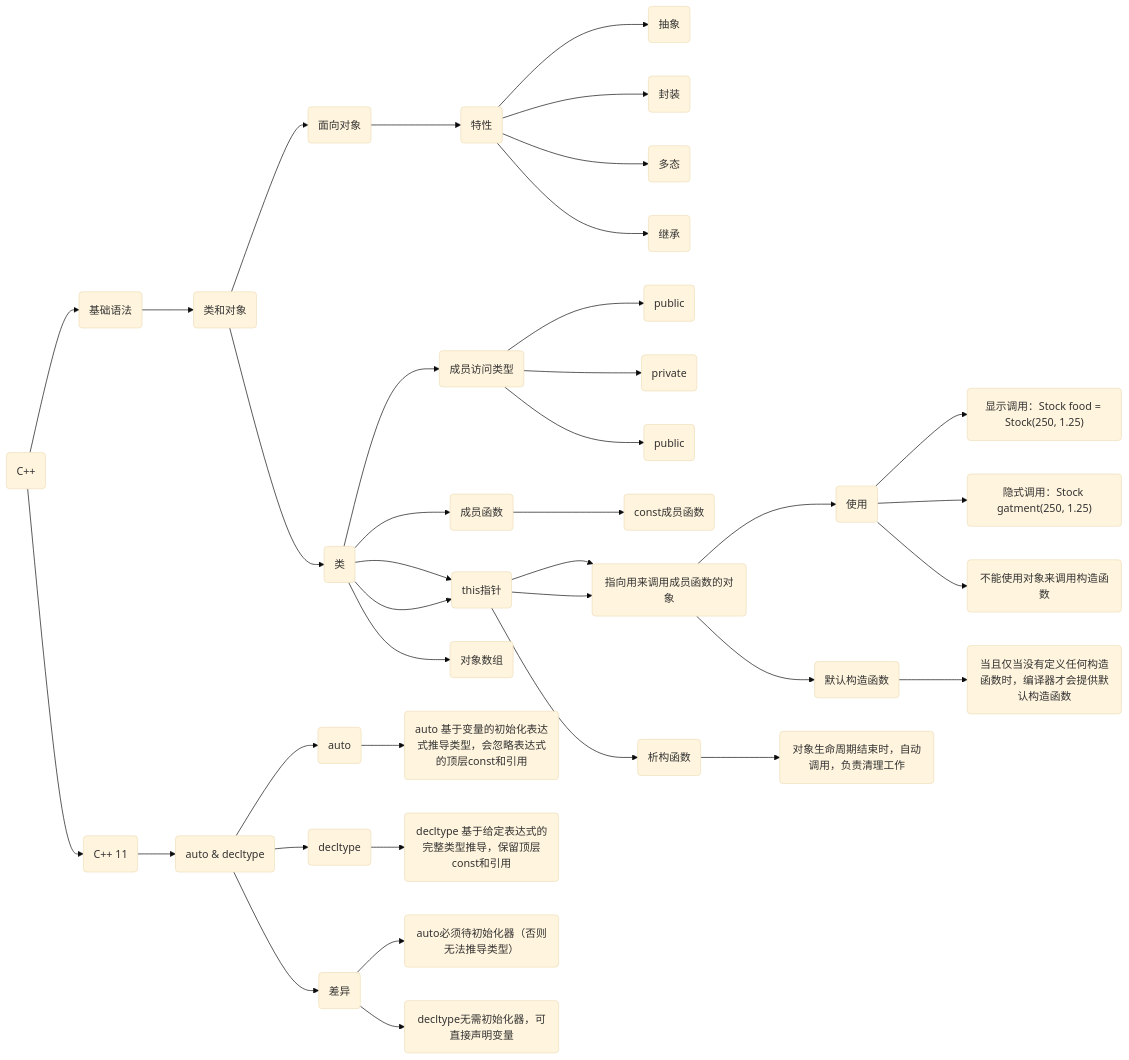
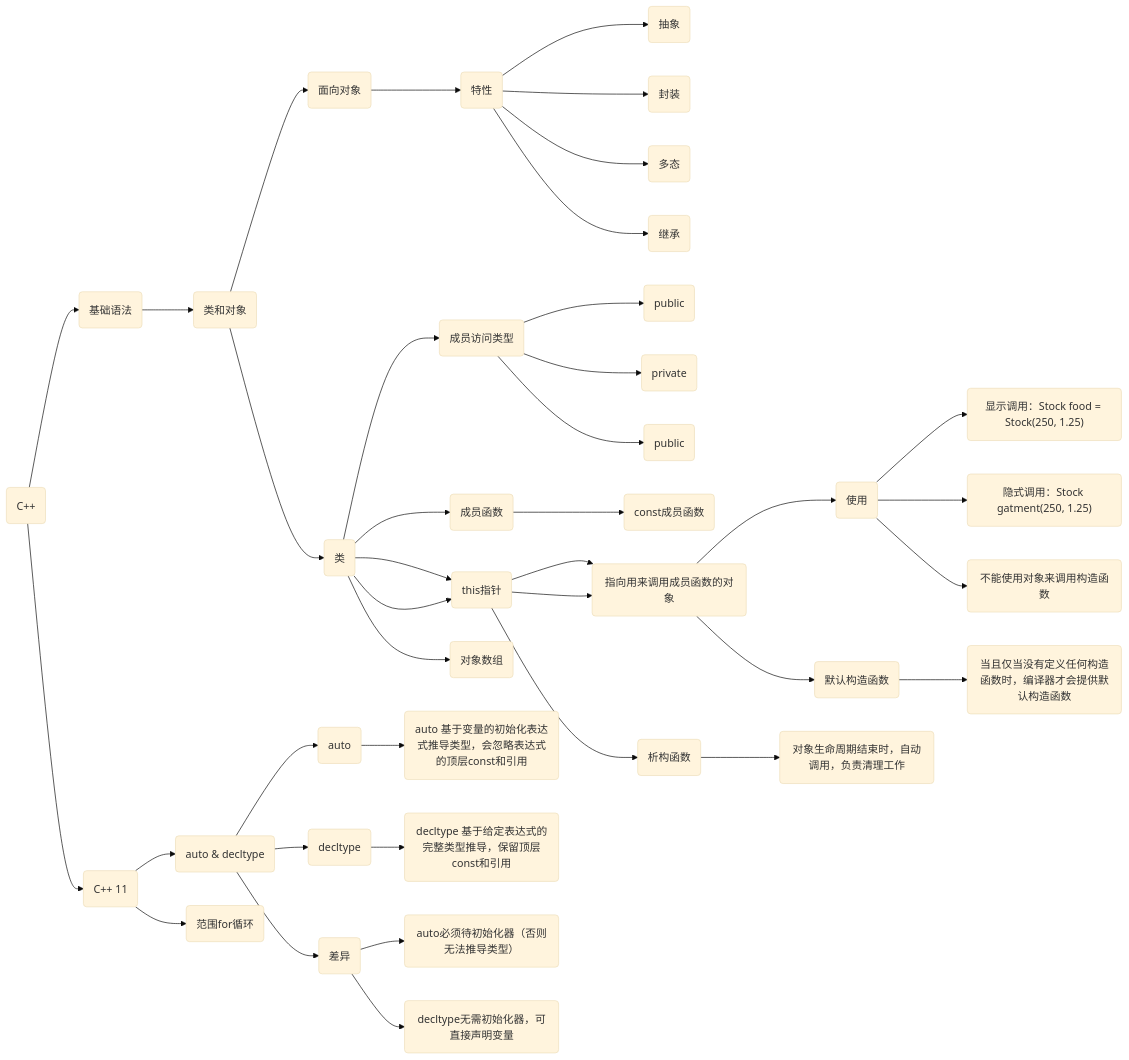
One commit to akai100/job_seek changed the diagram in 编程语言/c++/C++.md. Above: the diagram before and after it, drawn with Mermaid (base theme).

````diff
--- a/编程语言/c++/C++.md
+++ b/编程语言/c++/C++.md
@@ -1,57 +1,59 @@
 ```mermaid
 graph LR
     A(C++)
 
     %% 基础语法
     A --> B(基础语法)
     B --> B1
 
     B1(类和对象)
     B1 --> B11
     B11(面向对象)
     B11 --> B111
     B111(特性)
     B1111(抽象)
     B1112(封装)
     B1113(多态)
     B1114(继承)
     B111 --> B1111
     B111 --> B1112
     B111 --> B1113
     B111 --> B1114
 
 B1 --> B12(类)
 B12 --> B121(成员访问类型)
 B121 --> B1211(public)
 B121 --> B1212(private)
 B121 --> B1213(public)
 
 B12 --> B122(成员函数)
 B122 --> B1221(const成员函数)
 
 B12 --> B123(构造/析构函数)
 B123 --> B1231(构造函数)
 B1231 --> B12311(使用)
 B12311 --> B123111("显示调用：Stock food = Stock(250, 1.25)")
 B12311 --> B123112("隐式调用：Stock gatment(250, 1.25)")
 B12311 --> B123113("不能使用对象来调用构造函数")
 B1231 --> B12312(默认构造函数)
 B12312 --> B123121(当且仅当没有定义任何构造函数时，编译器才会提供默认构造函数)
 B123 --> B1232(析构函数)
 B1232 --> B12321(对象生命周期结束时，自动调用，负责清理工作)
 
 B12 --> B123(this指针)
 B123 --> B1231(指向用来调用成员函数的对象)
 
 B12 --> B124(对象数组)
 
     A --> D(C++ 11)
     D --> D1(auto & decltype)
     D1 --> D2(auto)
     D2 --> D3(auto 基于变量的初始化表达式推导类型，会忽略表达式的顶层const和引用)
     D1 --> D4(decltype)
     D4 --> D5(decltype 基于给定表达式的完整类型推导，保留顶层const和引用)
     D1 --> D6(差异)
     D6 --> D7("auto必须待初始化器（否则无法推导类型）")
     D6 --> D8("decltype无需初始化器，可直接声明变量")
+
+D --> D9(范围for循环)
 ```
````
